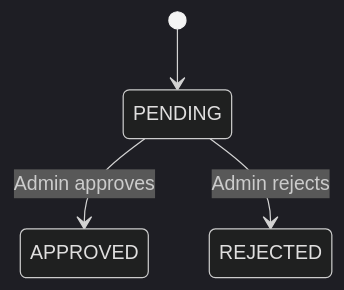
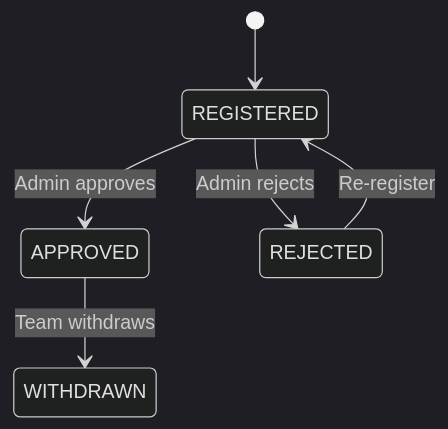
The third of 3 diagrams in .agent/skills/business-rules/SKILL.md (daithang-organization/SE104_VLEAGUE), drawn with Mermaid (dark theme) before and after one commit. The commit also changed other lines of this file and 4 other files, not shown here.

````diff
--- a/.agent/skills/business-rules/SKILL.md
+++ b/.agent/skills/business-rules/SKILL.md
@@ -101,6 +101,8 @@
 ```mermaid
 stateDiagram-v2
-    [*] --> PENDING
-    PENDING --> APPROVED: Admin approves
-    PENDING --> REJECTED: Admin rejects
+    [*] --> REGISTERED
+    REGISTERED --> APPROVED: Admin approves
+    REGISTERED --> REJECTED: Admin rejects
+    APPROVED --> WITHDRAWN: Team withdraws
+    REJECTED --> REGISTERED: Re-register
 ```
````
